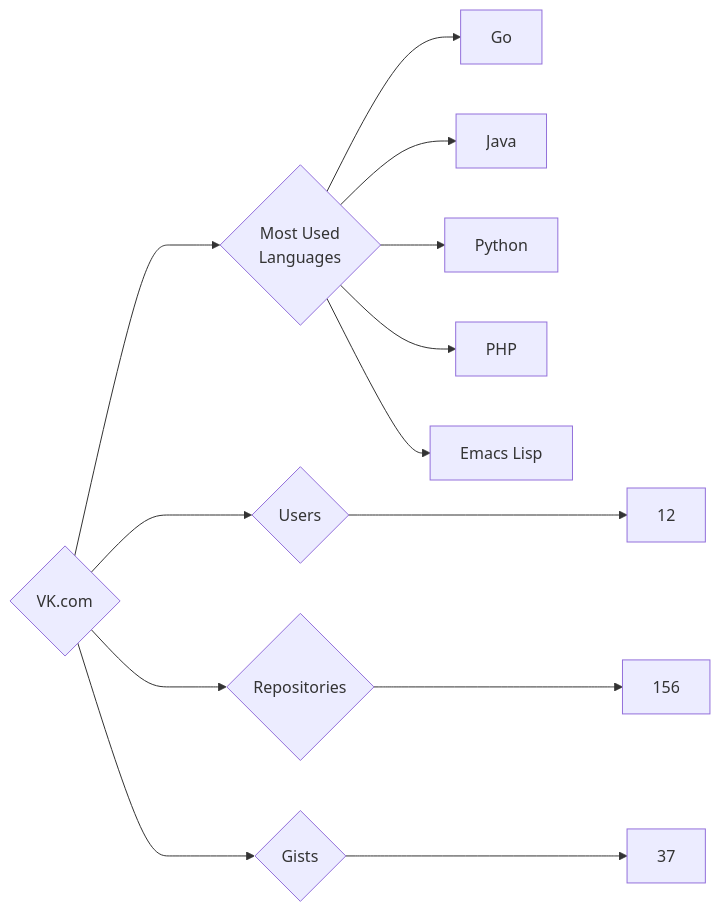
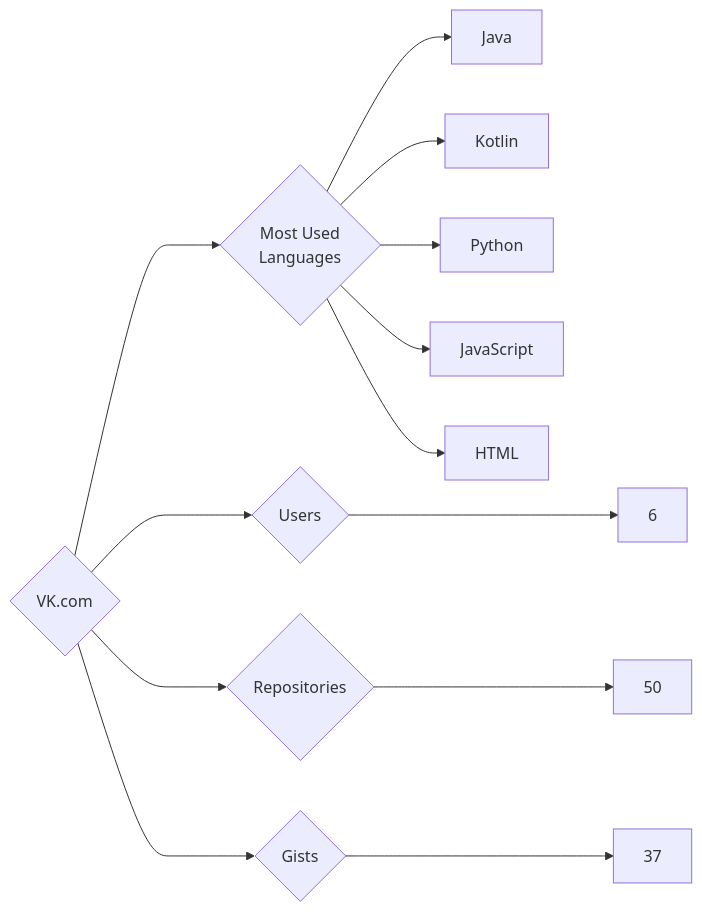
The diagram in targets/VK.com/README.md (trickest/insiders), drawn with Mermaid before and after one commit. The commit also changed 815 other files, not shown here.

````diff
--- a/targets/VK.com/README.md
+++ b/targets/VK.com/README.md
@@ -3,13 +3,13 @@
 ```mermaid
 graph LR
 COMPANY_NAME{VK.com}
-COMPANY_NAME ---> U{Users} ---> UN[12]
-COMPANY_NAME ---> R{Repositories} ---> RN[156]
+COMPANY_NAME ---> U{Users} ---> UN[6]
+COMPANY_NAME ---> R{Repositories} ---> RN[50]
 COMPANY_NAME ---> G{Gists} ---> GN[37]
 COMPANY_NAME ---> ML{Most Used<br>Languages}
-ML --> Go[Go]
 ML --> Java[Java]
+ML --> Kotlin[Kotlin]
 ML --> Python[Python]
-ML --> PHP[PHP]
-ML --> Emacs_Lisp[Emacs Lisp]
+ML --> JavaScript[JavaScript]
+ML --> HTML[HTML]
 ```
````
